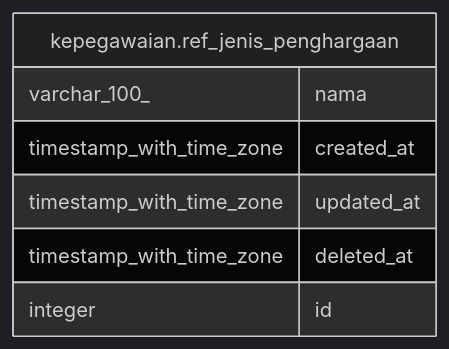
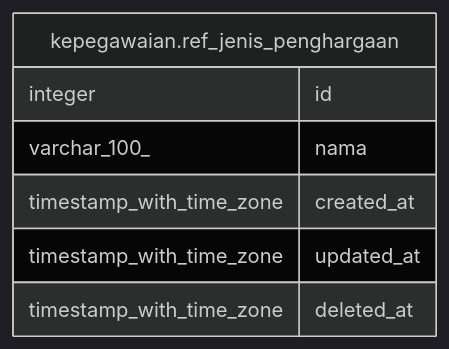
The diagram in services/kepegawaian/docs/db/kepegawaian.ref_jenis_penghargaan.md (nandanugg/triforce.nvim), drawn with Mermaid (dark theme) before and after one commit. The commit also changed other lines of this file and 31 other files, not shown here.

````diff
--- a/services/kepegawaian/docs/db/kepegawaian.ref_jenis_penghargaan.md
+++ b/services/kepegawaian/docs/db/kepegawaian.ref_jenis_penghargaan.md
@@ -29,12 +29,12 @@
 ```mermaid
 erDiagram
 
 
 "kepegawaian.ref_jenis_penghargaan" {
+  integer id
   varchar_100_ nama
   timestamp_with_time_zone created_at
   timestamp_with_time_zone updated_at
   timestamp_with_time_zone deleted_at
-  integer id
 }
 ```
````
